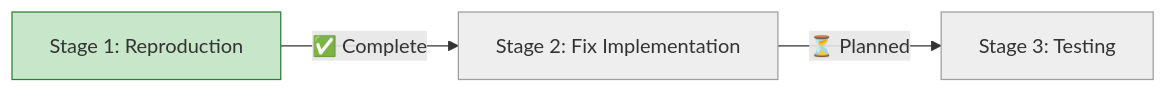
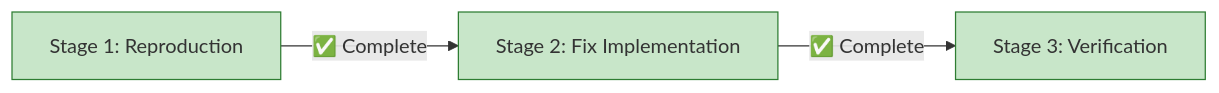
The diagram in docs/proposals/22-build-script-returns-exit-code-1/progress.md (info-tech-io/hugo-templates), drawn with Mermaid before and after one commit. The commit also changed other lines of this file and 1 other file, not shown here.

First line of the commit message:
docs(issue-22): complete documentation - issue resolved

````diff
--- a/docs/proposals/22-build-script-returns-exit-code-1/progress.md
+++ b/docs/proposals/22-build-script-returns-exit-code-1/progress.md
@@ -5,11 +5,12 @@
 ```mermaid
 graph LR
     A[Stage 1: Reproduction] -->|✅ Complete| B[Stage 2: Fix Implementation]
-    B -->|⏳ Planned| C[Stage 3: Testing]
+    B -->|✅ Complete| C[Stage 3: Verification]
 
     style A fill:#c8e6c9,stroke:#2e7d32
-    style B fill:#eeeeee,stroke:#9e9e9e
-    style C fill:#eeeeee,stroke:#9e9e9e
+    style B fill:#c8e6c9,stroke:#2e7d32
+    style C fill:#c8e6c9,stroke:#2e7d32
 
     click A "001-reproduction.md"
+    click B "002-fix-implementation.md"
 ```
````
